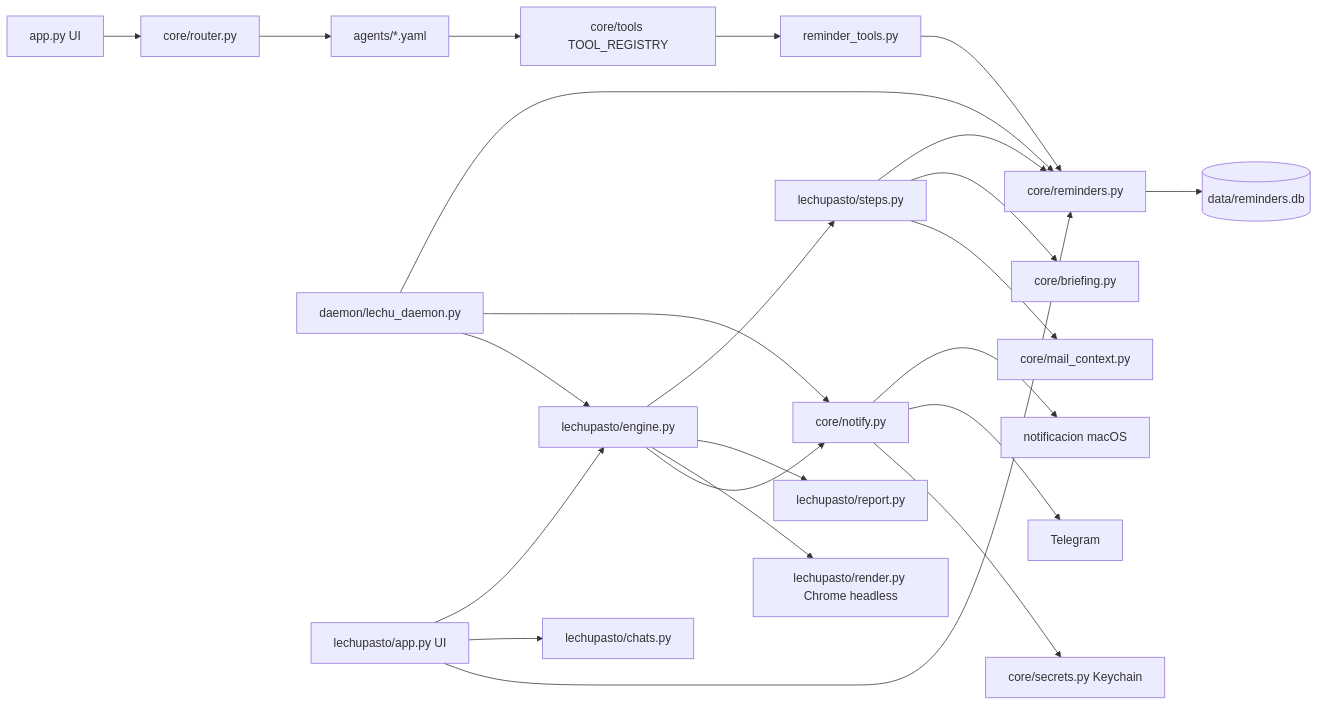
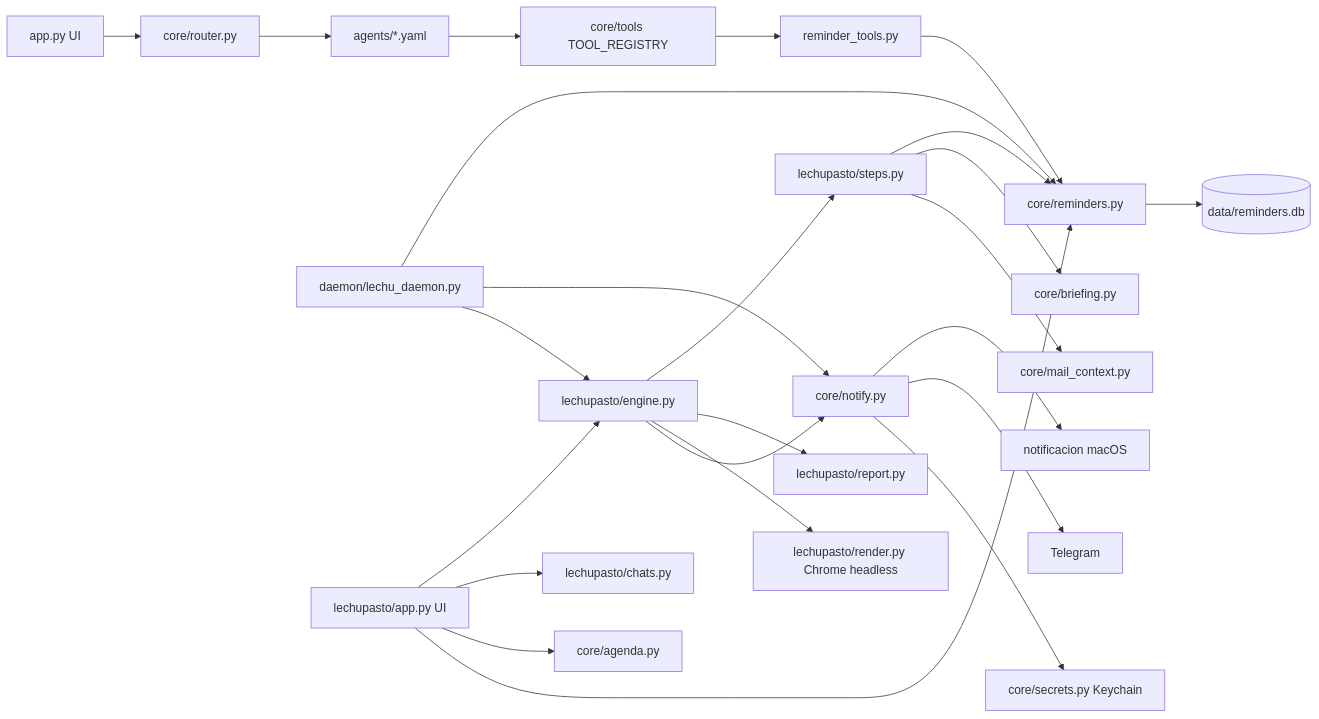
The diagram in codemap/ARCHITECTURE.md (Lechuza22/LechuChabotLocal), drawn with Mermaid before and after one commit. The commit also changed other lines of this file and 8 other files, not shown here.

First line of the commit message:
LechuPasto: Agenda screen (monthly Google Calendar), calendar events with fixed invite, confirm-in-chat for scheduling

````diff
--- a/codemap/ARCHITECTURE.md
+++ b/codemap/ARCHITECTURE.md
@@ -5,25 +5,26 @@
 ```mermaid
 graph LR
     app[app.py UI] --> router[core/router.py]
     router --> agents[agents/*.yaml]
     agents --> registry[core/tools TOOL_REGISTRY]
     registry --> reminder_tools[reminder_tools.py]
     reminder_tools --> reminders[core/reminders.py]
     reminders --> db[(data/reminders.db)]
     daemon[daemon/lechu_daemon.py] --> reminders
     daemon --> notify[core/notify.py]
     notify --> macos[notificacion macOS]
     notify --> telegram[Telegram]
     notify --> secrets[core/secrets.py Keychain]
     daemon --> engine[lechupasto/engine.py]
     pasto[lechupasto/app.py UI] --> engine
     pasto --> chats[lechupasto/chats.py]
+    pasto --> agenda[core/agenda.py]
     pasto --> reminders
     steps --> reminders
     engine --> steps[lechupasto/steps.py]
     steps --> briefing[core/briefing.py]
     steps --> mailctx[core/mail_context.py]
     engine --> report[lechupasto/report.py]
     engine --> render[lechupasto/render.py Chrome headless]
     engine --> notify
 ```
````
